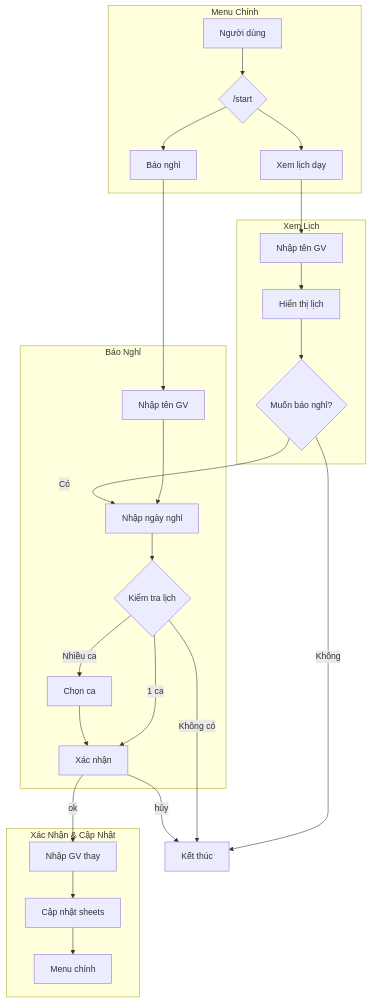
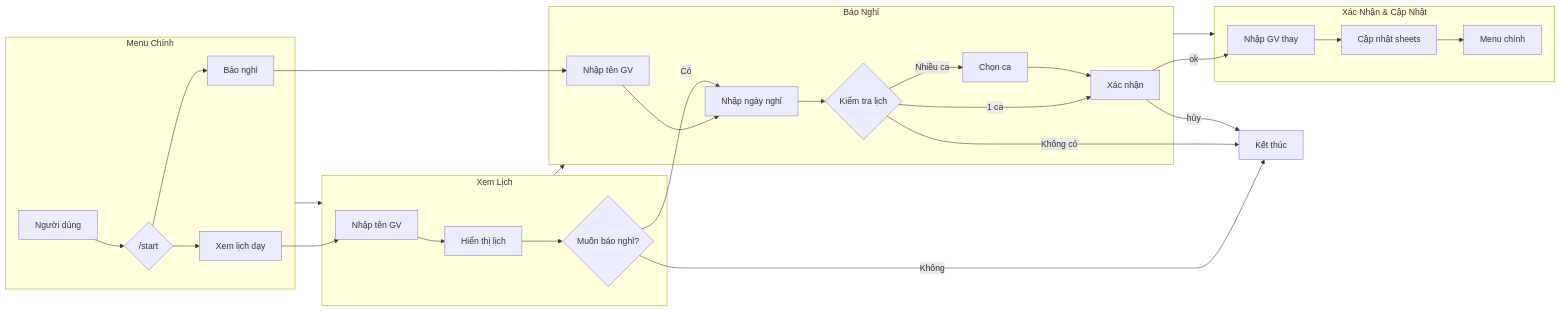
Before and after one commit to let-shyn-cook/TeacherBot-Assistant: the diagram in readme.md, drawn with Mermaid.

````diff
--- a/readme.md
+++ b/readme.md
@@ -117,34 +117,38 @@
 ```mermaid
-flowchart TD
+flowchart LR
     subgraph Menu["Menu Chính"]
         A[Người dùng] --> B{/start}
         B --> C[Xem lịch dạy]
         B --> D[Báo nghỉ]
     end
 
     subgraph Calendar["Xem Lịch"]
         C --> C1[Nhập tên GV]
         C1 --> C2[Hiển thị lịch]
         C2 --> C3{Muốn báo nghỉ?}
     end
 
     subgraph DayOff["Báo Nghỉ"]
         D --> E[Nhập tên GV]
         E --> F[Nhập ngày nghỉ]
         F --> G{Kiểm tra lịch}
         G --> |1 ca| H[Xác nhận]
         G --> |Nhiều ca| I[Chọn ca]
         I --> H
     end
 
     subgraph Confirm["Xác Nhận & Cập Nhật"]
         H --> |ok| J[Nhập GV thay]
         J --> K[Cập nhật sheets]
         K --> L[Menu chính]
     end
 
     C3 --> |Có| F
     C3 --> |Không| Z[Kết thúc]
     G --> |Không có| Z
     H --> |hủy| Z
+
+    Menu --> Calendar
+    Calendar --> DayOff
+    DayOff --> Confirm
 ```
````
